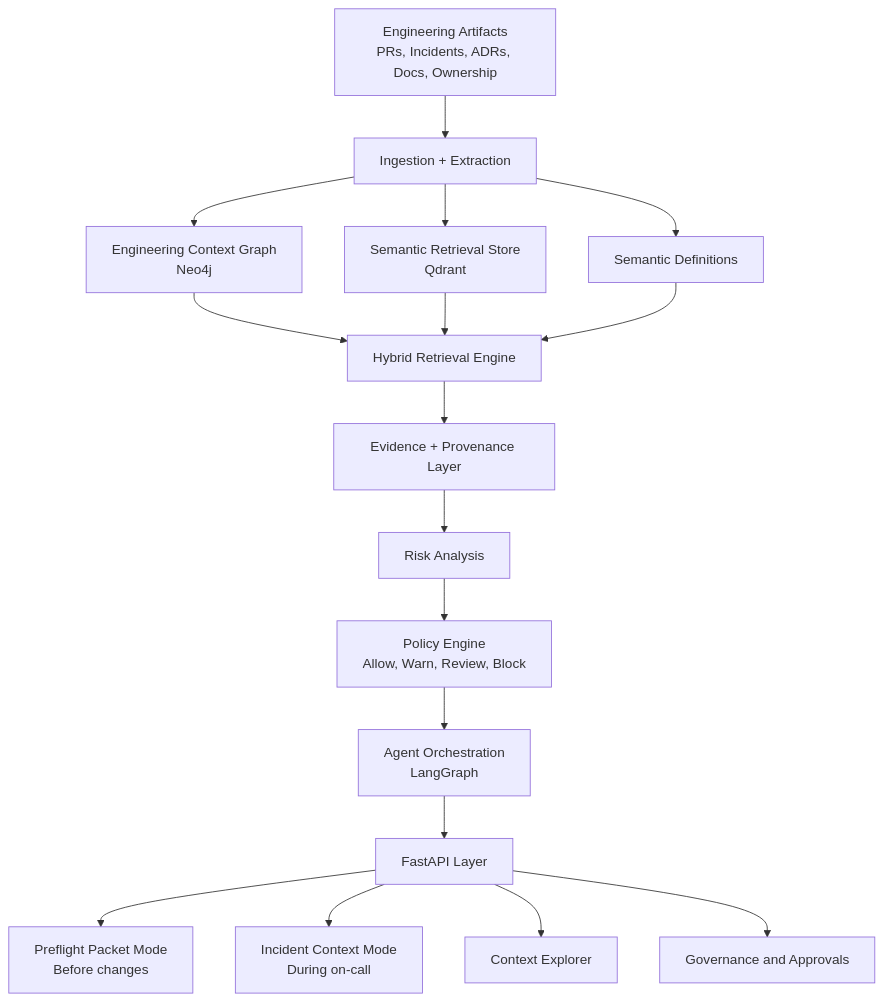
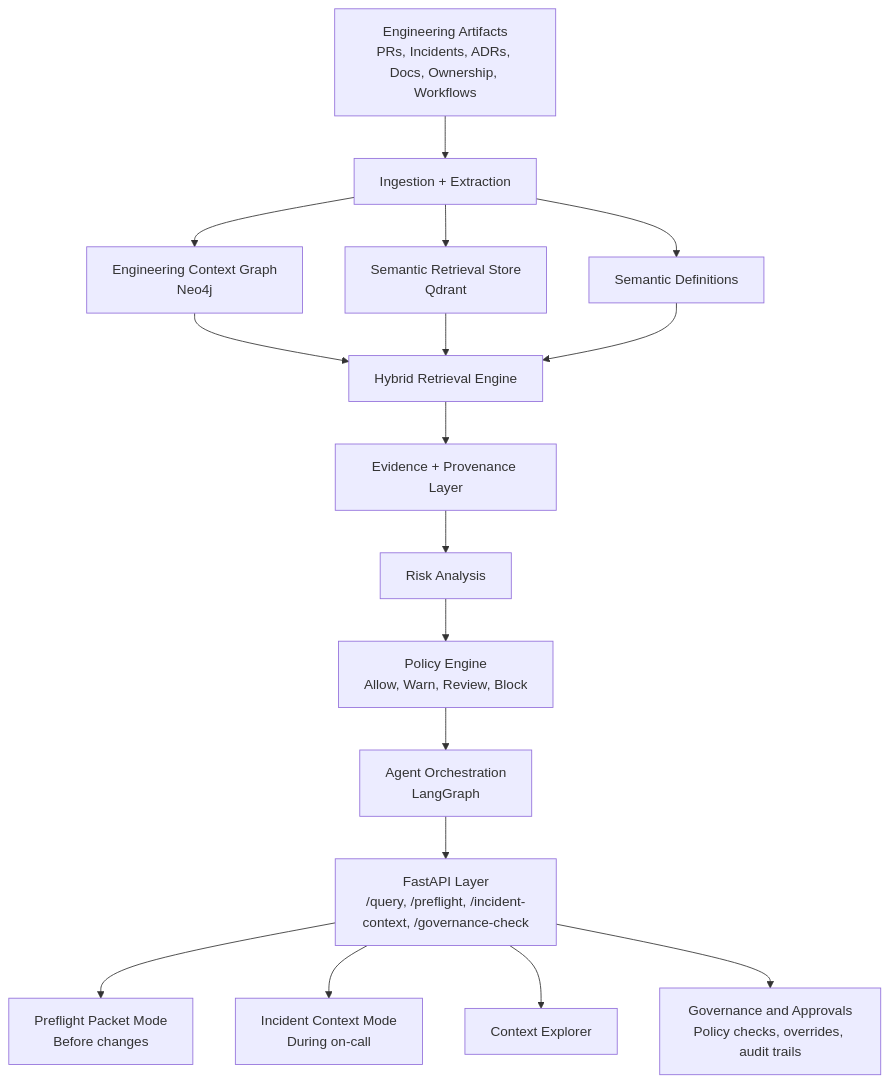
Before and after one commit to Surya7612/Engram: the first of 2 diagrams in README.md, drawn with Mermaid. The commit also changed other lines of this file and 2 other files, not shown here.

````diff
--- a/README.md
+++ b/README.md
@@ -96,22 +97,22 @@
 ```mermaid
 flowchart TD
-    A[Engineering Artifacts<br/>PRs, Incidents, ADRs, Docs, Ownership] --> B[Ingestion + Extraction]
+    A[Engineering Artifacts<br/>PRs, Incidents, ADRs, Docs, Ownership, Workflows] --> B[Ingestion + Extraction]
     B --> C[Engineering Context Graph<br/>Neo4j]
     B --> D[Semantic Retrieval Store<br/>Qdrant]
     B --> E[Semantic Definitions]
 
     C --> F[Hybrid Retrieval Engine]
     D --> F
     E --> F
 
     F --> G[Evidence + Provenance Layer]
     G --> H[Risk Analysis]
     H --> I[Policy Engine<br/>Allow, Warn, Review, Block]
     I --> J[Agent Orchestration<br/>LangGraph]
-    J --> K[FastAPI Layer]
+    J --> K[FastAPI Layer<br/>/query, /preflight, /incident-context, /governance-check]
 
     K --> L[Preflight Packet Mode<br/>Before changes]
     K --> M[Incident Context Mode<br/>During on-call]
     K --> N[Context Explorer]
-    K --> O[Governance and Approvals]
+    K --> O[Governance and Approvals<br/>Policy checks, overrides, audit trails]
 ```
````
